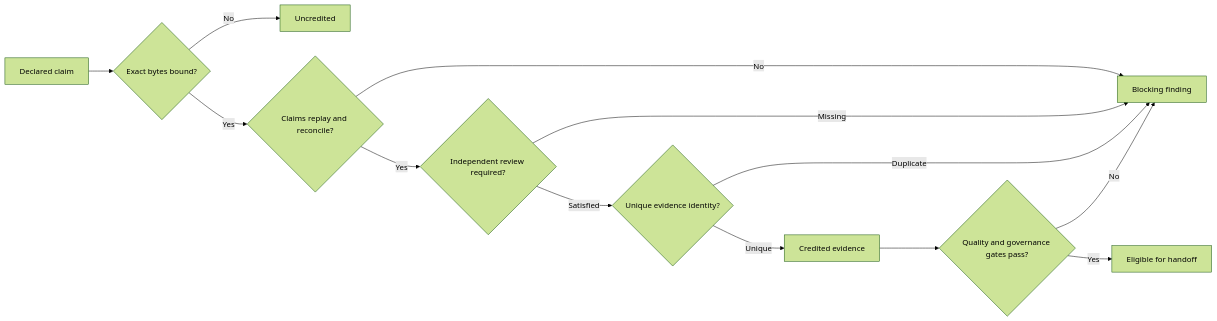
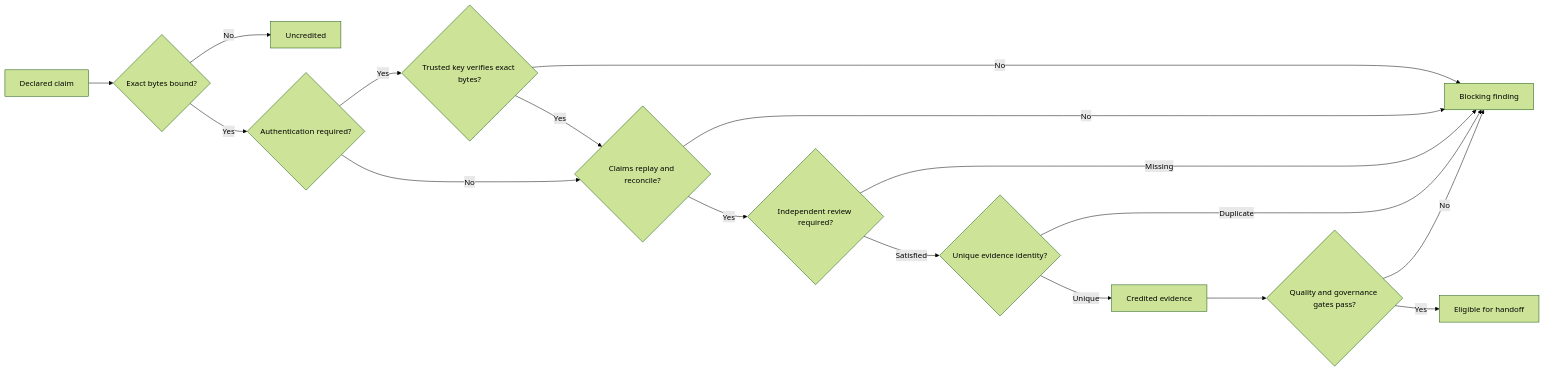
The sixth of 7 diagrams in docs/VISUAL_GUIDE.md (willtran87/project-py-sfmea), drawn with Mermaid (forest theme) before and after one commit. The commit also changed other lines of this file and 8 other files, not shown here.

Commit message:
Refresh assurance workflows and diagrams

````diff
--- a/docs/VISUAL_GUIDE.md
+++ b/docs/VISUAL_GUIDE.md
@@ -167,15 +176,19 @@
 ```mermaid
 flowchart LR
     D["Declared claim"] --> B{"Exact bytes bound?"}
     B -- No --> U["Uncredited"]
-    B -- Yes --> R{"Claims replay and reconcile?"}
+    B -- Yes --> A{"Authentication required?"}
+    A -- Yes --> K{"Trusted key verifies exact bytes?"}
+    K -- No --> X["Blocking finding"]
+    K -- Yes --> R{"Claims replay and reconcile?"}
+    A -- No --> R
     R -- No --> X["Blocking finding"]
     R -- Yes --> I{"Independent review required?"}
     I -- Missing --> X
     I -- Satisfied --> Q{"Unique evidence identity?"}
     Q -- Duplicate --> X
     Q -- Unique --> C["Credited evidence"]
     C --> G{"Quality and governance gates pass?"}
     G -- No --> X
     G -- Yes --> H["Eligible for handoff"]
 ```
````
